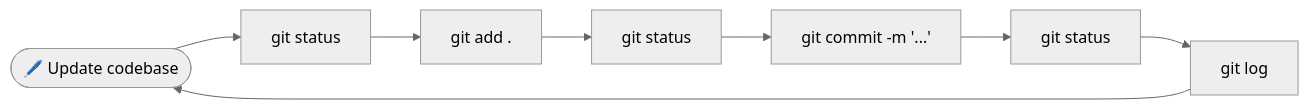
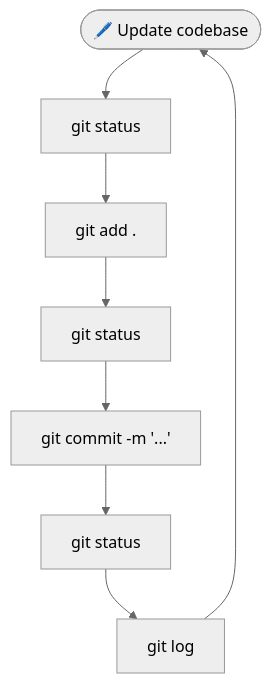
One commit to gerryatsxf/git-crash-course changed the diagram in README.md. Above: the diagram before and after it, drawn with Mermaid (neutral theme).

Commit message:
Updating mermaid chart

````diff
--- a/README.md
+++ b/README.md
@@ -88,10 +88,10 @@
 ```mermaid
-flowchart LR
+flowchart TD
     A([🖊️ Update codebase]) --> B[git status]
     B --> C[git add .]
     C --> D[git status]
     D --> E["git commit -m '...'"] 
     E --> F[git status]
     F --> G[git log]
     G --> A
 ```
````
